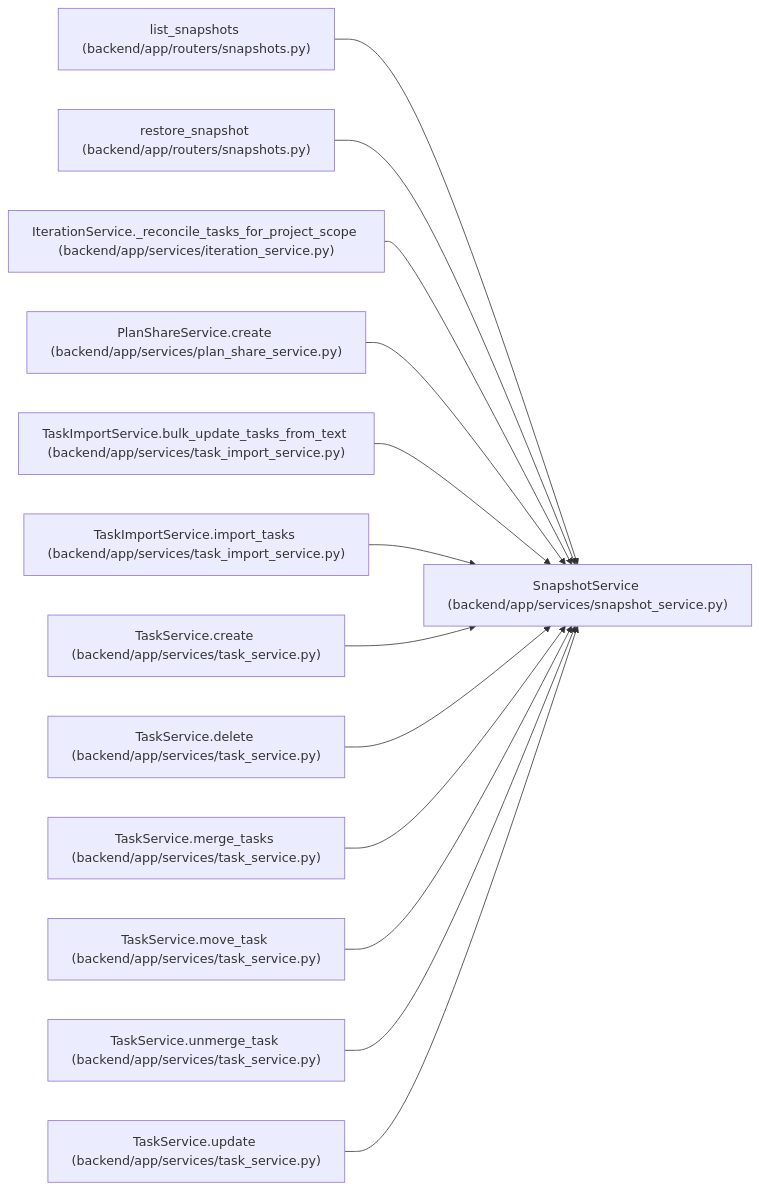
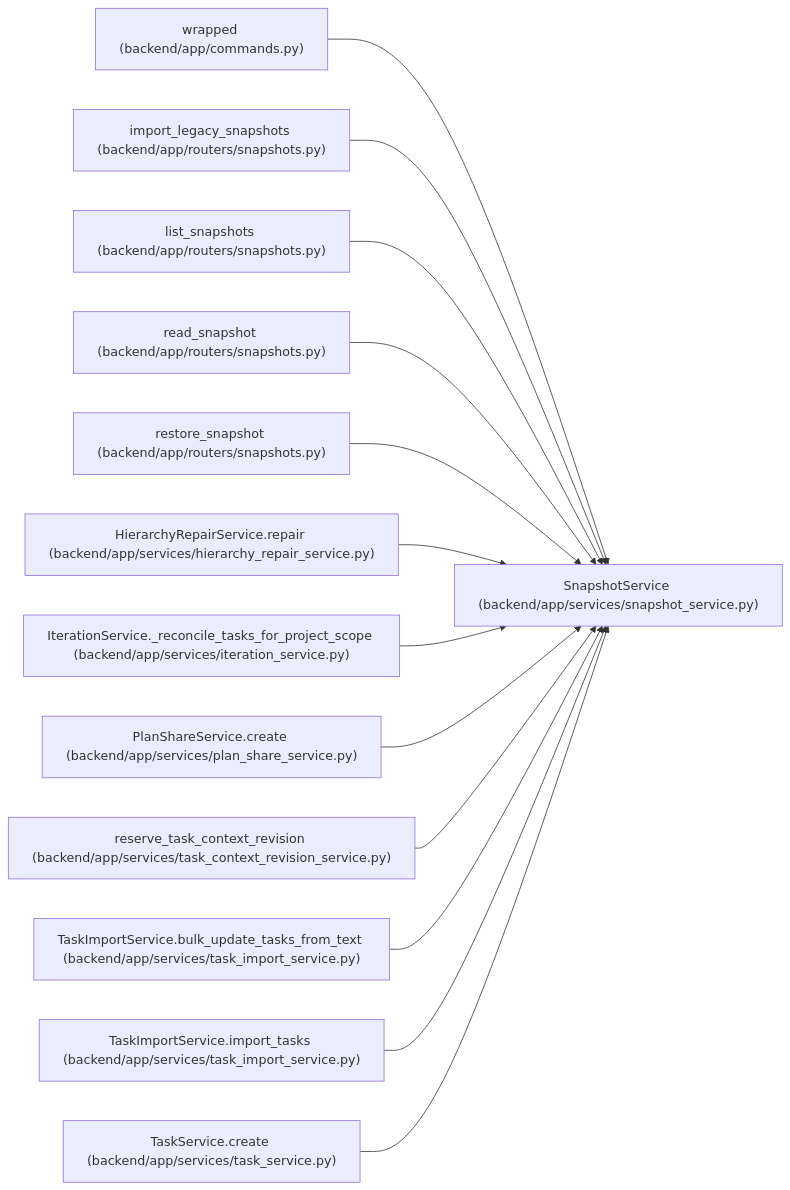
One commit to Denissvgn/WorkChord changed the diagram in docs/llm_wiki/entities/SnapshotService.md. Above: the diagram before and after it, drawn with Mermaid. The commit also changed other lines of this file and 958 other files, not shown here.

First line of the commit message:
docs(wiki): refresh identity and recovery architecture

````diff
--- a/docs/llm_wiki/entities/SnapshotService.md
+++ b/docs/llm_wiki/entities/SnapshotService.md
@@ -36,41 +42,41 @@
 ```mermaid
 flowchart LR
     n0["SnapshotService (backend/app/services/snapshot_service.py)"]
-    n1["list_snapshots (backend/app/routers/snapshots.py)"]
-    n2["restore_snapshot (backend/app/routers/snapshots.py)"]
-    n3["IterationService._reconcile_tasks_for_project_scope (backend/app/services/iteration_service.py)"]
-    n4["PlanShareService.create (backend/app/services/plan_share_service.py)"]
-    n5["TaskImportService.bulk_update_tasks_from_text (backend/app/services/task_import_service.py)"]
-    n6["TaskImportService.import_tasks (backend/app/services/task_import_service.py)"]
-    n7["TaskService.create (backend/app/services/task_service.py)"]
-    n8["TaskService.delete (backend/app/services/task_service.py)"]
-    n9["TaskService.merge_tasks (backend/app/services/task_service.py)"]
-    n10["TaskService.move_task (backend/app/services/task_service.py)"]
-    n11["TaskService.unmerge_task (backend/app/services/task_service.py)"]
-    n12["TaskService.update (backend/app/services/task_service.py)"]
+    n1["wrapped (backend/app/commands.py)"]
+    n2["import_legacy_snapshots (backend/app/routers/snapshots.py)"]
+    n3["list_snapshots (backend/app/routers/snapshots.py)"]
+    n4["read_snapshot (backend/app/routers/snapshots.py)"]
+    n5["restore_snapshot (backend/app/routers/snapshots.py)"]
+    n6["HierarchyRepairService.repair (backend/app/services/hierarchy_repair_service.py)"]
+    n7["IterationService._reconcile_tasks_for_project_scope (backend/app/services/iteration_service.py)"]
+    n8["PlanShareService.create (backend/app/services/plan_share_service.py)"]
+    n9["reserve_task_context_revision (backend/app/services/task_context_revision_service.py)"]
+    n10["TaskImportService.bulk_update_tasks_from_text (backend/app/services/task_import_service.py)"]
+    n11["TaskImportService.import_tasks (backend/app/services/task_import_service.py)"]
+    n12["TaskService.create (backend/app/services/task_service.py)"]
     n1 --> n0
     n2 --> n0
     n3 --> n0
     n4 --> n0
     n5 --> n0
     n6 --> n0
     n7 --> n0
     n8 --> n0
     n9 --> n0
     n10 --> n0
     n11 --> n0
     n12 --> n0
     click n0 "../modules/snapshot_service.md"
-    click n1 "../modules/snapshots.md"
+    click n1 "../modules/commands.md"
     click n2 "../modules/snapshots.md"
-    click n3 "../modules/iteration_service.md"
-    click n4 "../modules/plan_share_service.md"
-    click n5 "../modules/task_import_service.md"
-    click n6 "../modules/task_import_service.md"
-    click n7 "../modules/task_service.md"
-    click n8 "../modules/task_service.md"
-    click n9 "../modules/task_service.md"
-    click n10 "../modules/task_service.md"
-    click n11 "../modules/task_service.md"
+    click n3 "../modules/snapshots.md"
+    click n4 "../modules/snapshots.md"
+    click n5 "../modules/snapshots.md"
+    click n6 "../modules/hierarchy_repair_service.md"
+    click n7 "../modules/iteration_service.md"
+    click n8 "../modules/plan_share_service.md"
+    click n9 "../modules/task_context_revision_service.md"
+    click n10 "../modules/task_import_service.md"
+    click n11 "../modules/task_import_service.md"
     click n12 "../modules/task_service.md"
 ```
````
